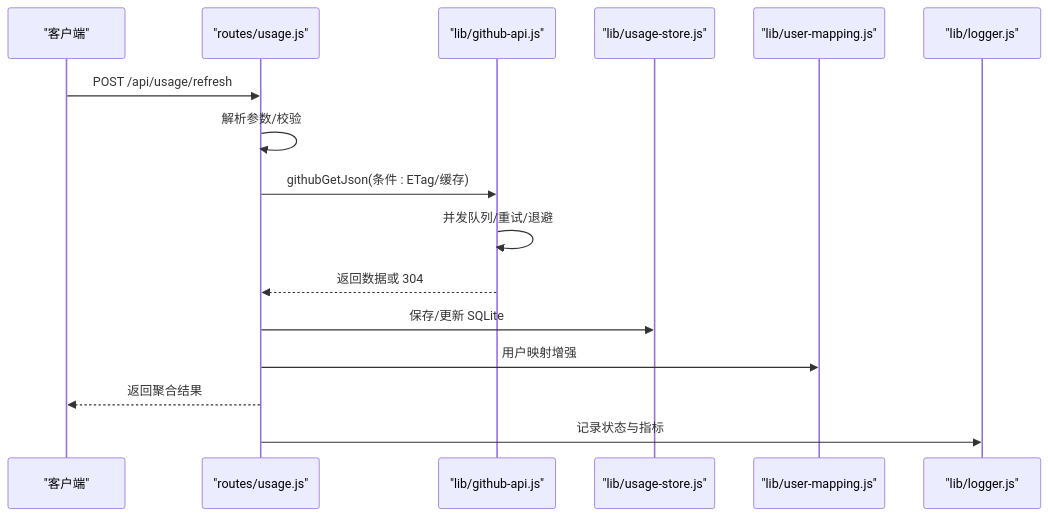
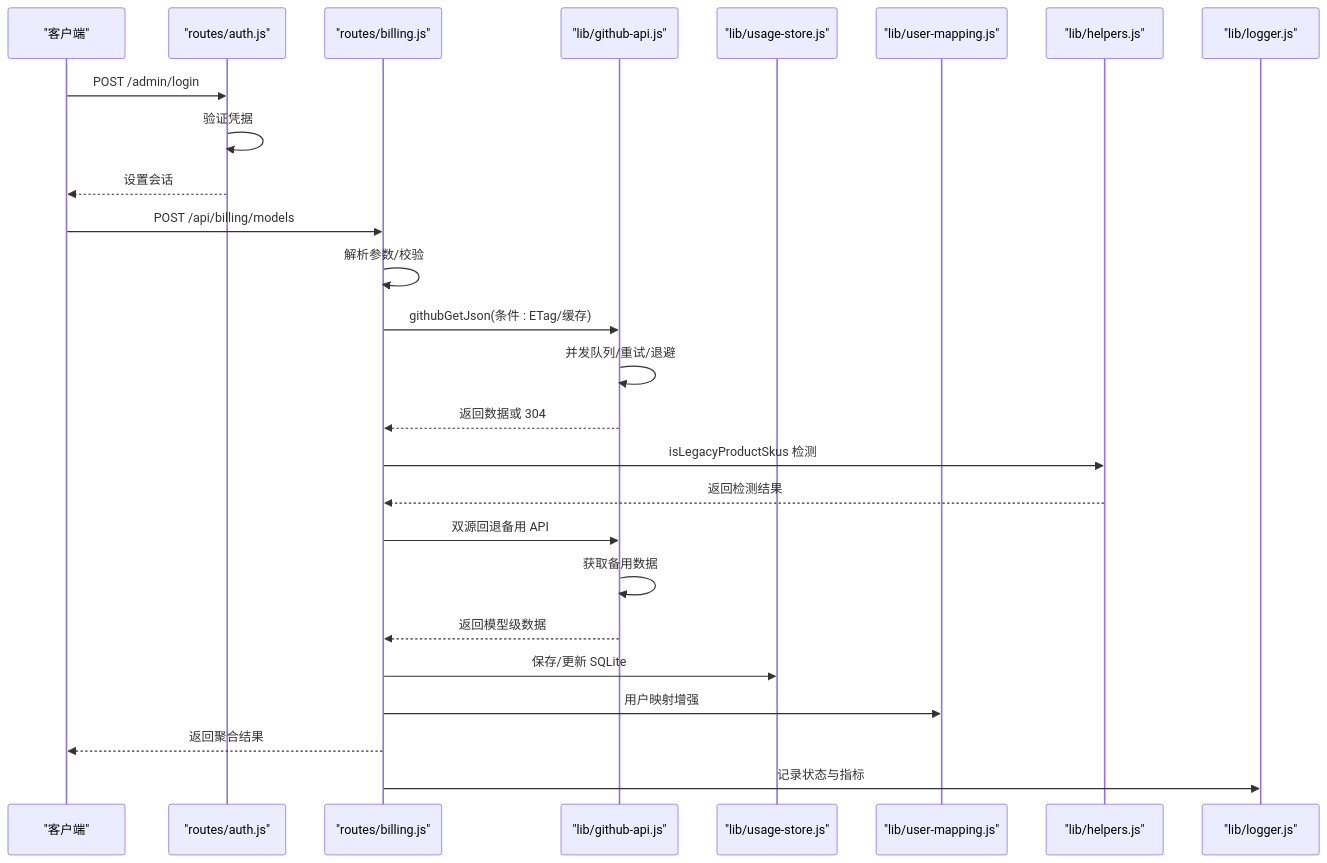
One commit to kissingwolf/CopilotEnterpriseUsageDisplay changed the second of 11 diagrams in .qoder/repowiki/zh/content/核心模块/核心模块.md. Above: the diagram before and after it, drawn with Mermaid. The commit also changed other lines of this file and 9 other files, not shown here.

Commit message:
docs(wiki): refresh repowiki content with admin auth and AI credits modules

````diff
--- a/.qoder/repowiki/zh/content/核心模块/核心模块.md
+++ b/.qoder/repowiki/zh/content/核心模块/核心模块.md
@@ -98,18 +109,28 @@
 ```mermaid
 sequenceDiagram
 participant Client as "客户端"
-participant Router as "routes/usage.js"
+participant Auth as "routes/auth.js"
+participant Router as "routes/billing.js"
 participant GH as "lib/github-api.js"
 participant Store as "lib/usage-store.js"
 participant UM as "lib/user-mapping.js"
+participant Helpers as "lib/helpers.js"
 participant Log as "lib/logger.js"
-Client->>Router : POST /api/usage/refresh
+Client->>Auth : POST /admin/login
+Auth->>Auth : 验证凭据
+Auth-->>Client : 设置会话
+Client->>Router : POST /api/billing/models
 Router->>Router : 解析参数/校验
 Router->>GH : githubGetJson(条件 : ETag/缓存)
 GH->>GH : 并发队列/重试/退避
 GH-->>Router : 返回数据或 304
+Router->>Helpers : isLegacyProductSkus 检测
+Helpers-->>Router : 返回检测结果
+Router->>GH : 双源回退备用 API
+GH->>GH : 获取备用数据
+GH-->>Router : 返回模型级数据
 Router->>Store : 保存/更新 SQLite
 Router->>UM : 用户映射增强
 Router-->>Client : 返回聚合结果
 Router->>Log : 记录状态与指标
 ```
````
